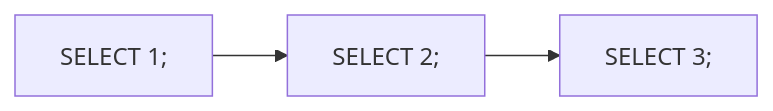
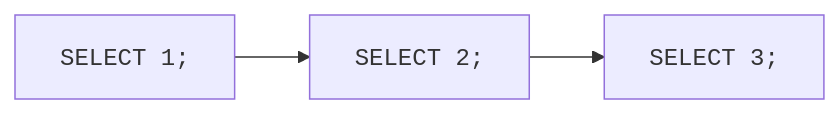
The second of 2 diagrams in content/learn/intro-sql-postgres/first-queries.mdx (dataslope/dataslope), drawn with Mermaid before and after one commit. The commit also changed other lines of this file and 56 other files, not shown here.

````diff
--- a/content/learn/intro-sql-postgres/first-queries.mdx
+++ b/content/learn/intro-sql-postgres/first-queries.mdx
@@ -82,4 +82,4 @@
 ```mermaid
 flowchart LR
-    S1["SELECT 1;"] --> S2["SELECT 2;"] --> S3["SELECT 3;"]
+    S1["<code>SELECT 1;</code>"] --> S2["<code>SELECT 2;</code>"] --> S3["<code>SELECT 3;</code>"]
 ```
````
